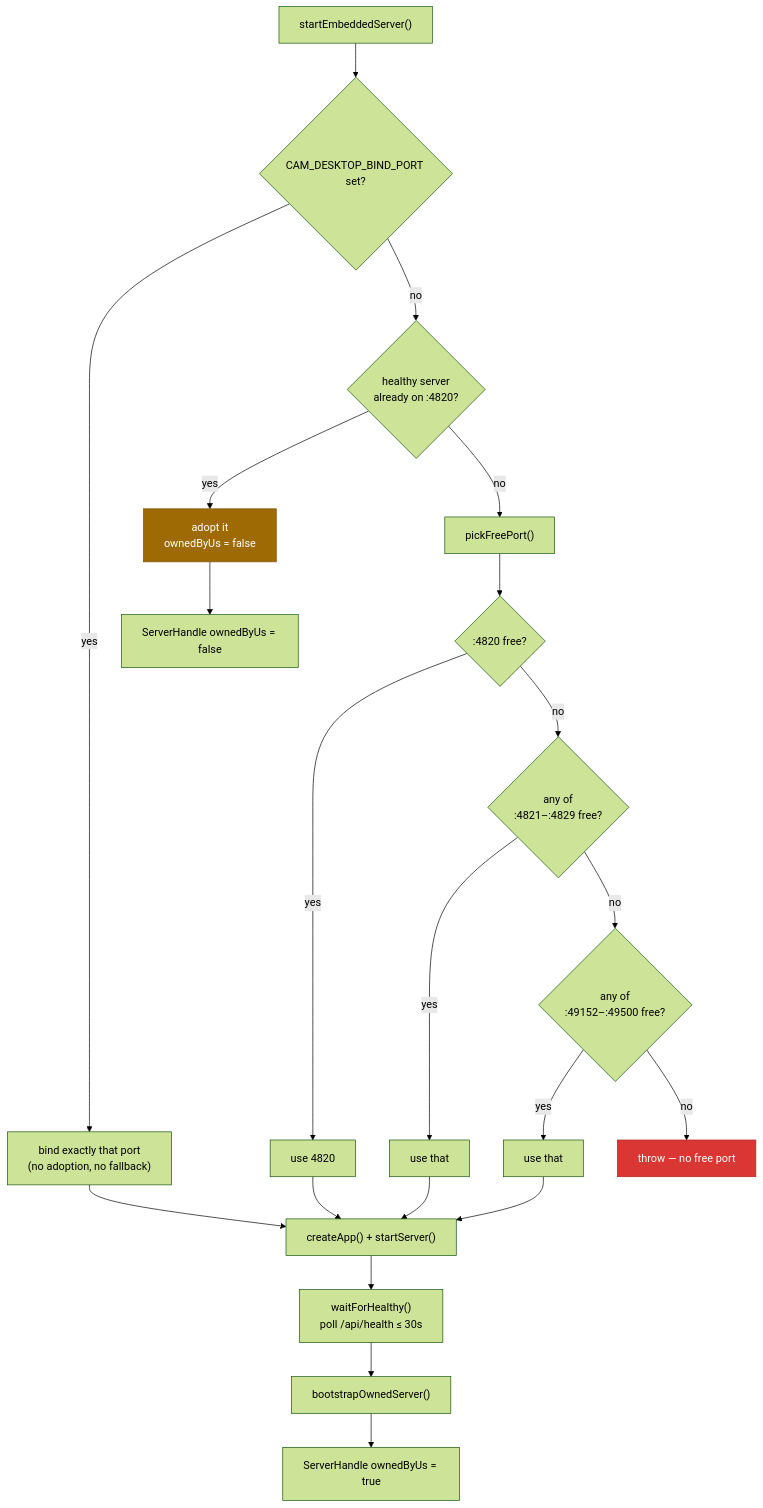
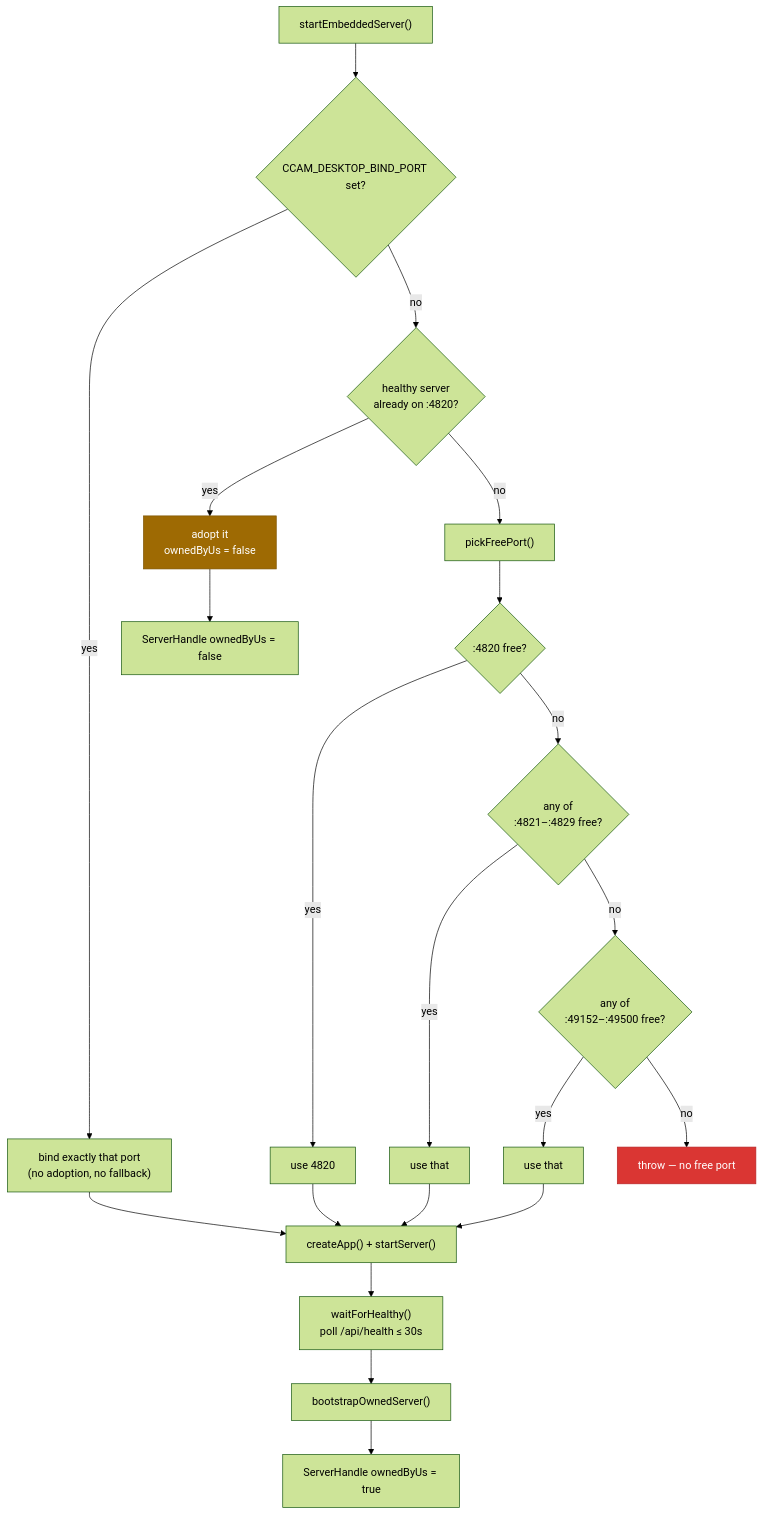
The fourth of 14 diagrams in desktop/README.md (buluma/Code-Agent-Monitor), drawn with Mermaid (forest theme) before and after one commit. The commit also changed other lines of this file and 1142 other files, not shown here.

````diff
--- a/desktop/README.md
+++ b/desktop/README.md
@@ -212,28 +221,28 @@
 ```mermaid
 flowchart TD
-    start["startEmbeddedServer()"] --> forced{"CAM_DESKTOP_BIND_PORT set?"}
+    start["startEmbeddedServer()"] --> forced{"CCAM_DESKTOP_BIND_PORT set?"}
     forced -->|yes| bind["bind exactly that port<br/>(no adoption, no fallback)"]
     forced -->|no| adopt{"healthy server<br/>already on :4820?"}
     adopt -->|yes| reuse["adopt it<br/>ownedByUs = false"]
     adopt -->|no| pick["pickFreePort()"]
 
     pick --> p1{":4820 free?"}
     p1 -->|yes| use4820["use 4820"]
     p1 -->|no| p2{"any of<br/>:4821–:4829 free?"}
     p2 -->|yes| usefb["use that"]
     p2 -->|no| p3{"any of<br/>:49152–:49500 free?"}
     p3 -->|yes| userand["use that"]
     p3 -->|no| fail["throw — no free port"]
 
     bind --> boot["createApp() + startServer()"]
     use4820 --> boot
     usefb --> boot
     userand --> boot
     boot --> healthy["waitForHealthy()<br/>poll /api/health ≤ 30s"]
     healthy --> bg["bootstrapOwnedServer()"]
     bg --> handle["ServerHandle ownedByUs = true"]
     reuse --> handleR["ServerHandle ownedByUs = false"]
 
     style reuse fill:#9e6a03,stroke:#7d5300,color:#fff
     style fail fill:#da3633,stroke:#b62324,color:#fff
 ```
````
